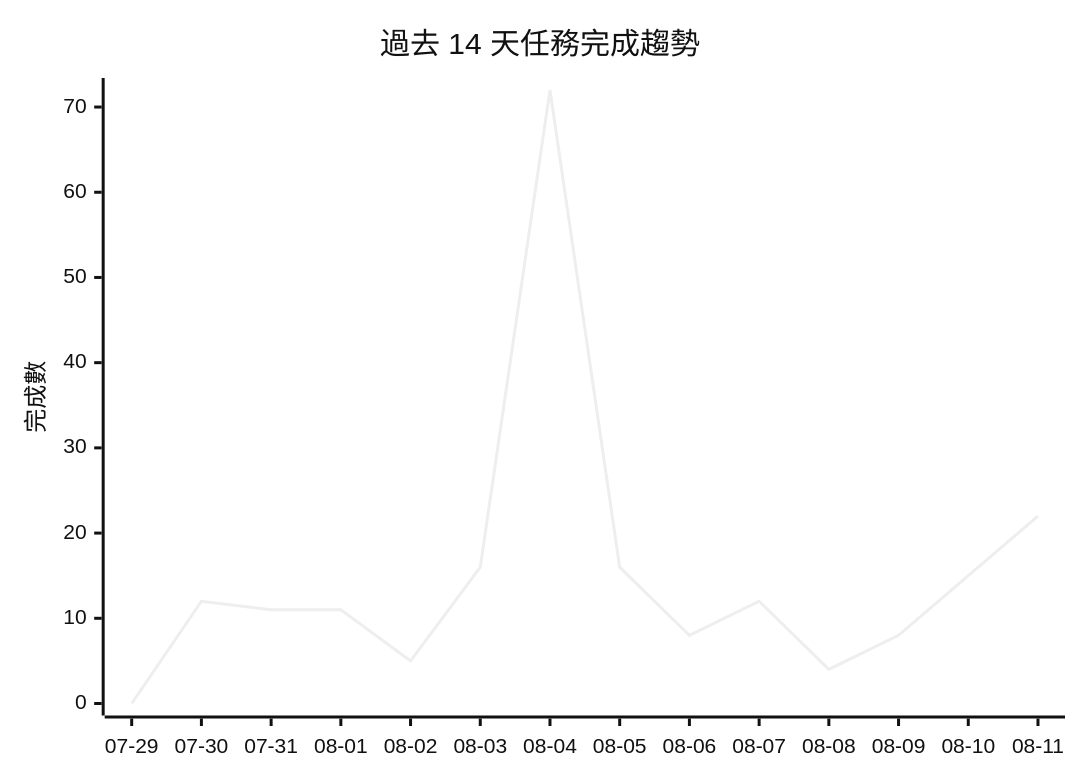
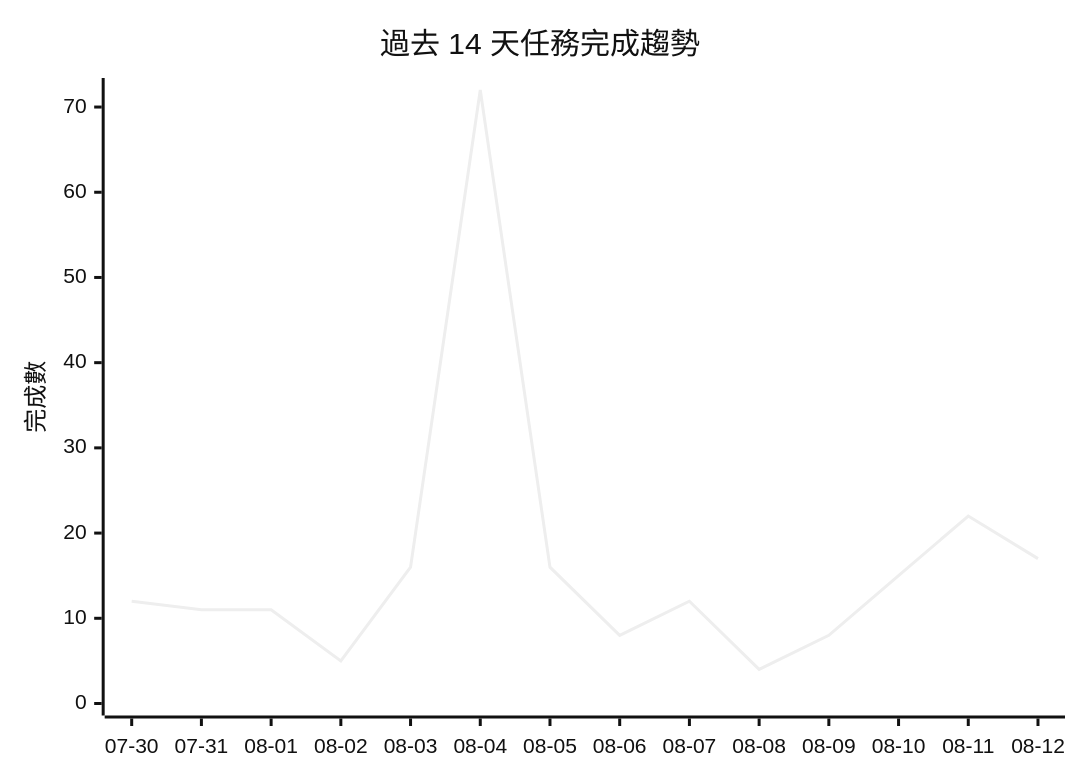
One commit to gentoobreaking/ai-tasks changed the diagram in PROJECTS.md. Above: the diagram before and after it, drawn with Mermaid (neutral theme). The commit also changed other lines of this file and 103 other files, not shown here.

````diff
--- a/PROJECTS.md
+++ b/PROJECTS.md
@@ -140,7 +145,7 @@
 ```mermaid
 xychart-beta
     title "過去 14 天任務完成趨勢"
-    x-axis ["07-29", "07-30", "07-31", "08-01", "08-02", "08-03", "08-04", "08-05", "08-06", "08-07", "08-08", "08-09", "08-10", "08-11"]
+    x-axis ["07-30", "07-31", "08-01", "08-02", "08-03", "08-04", "08-05", "08-06", "08-07", "08-08", "08-09", "08-10", "08-11", "08-12"]
     y-axis "完成數" 0 --> 72
-    line [0, 12, 11, 11, 5, 16, 72, 16, 8, 12, 4, 8, 15, 22]
+    line [12, 11, 11, 5, 16, 72, 16, 8, 12, 4, 8, 15, 22, 17]
 ```
````
